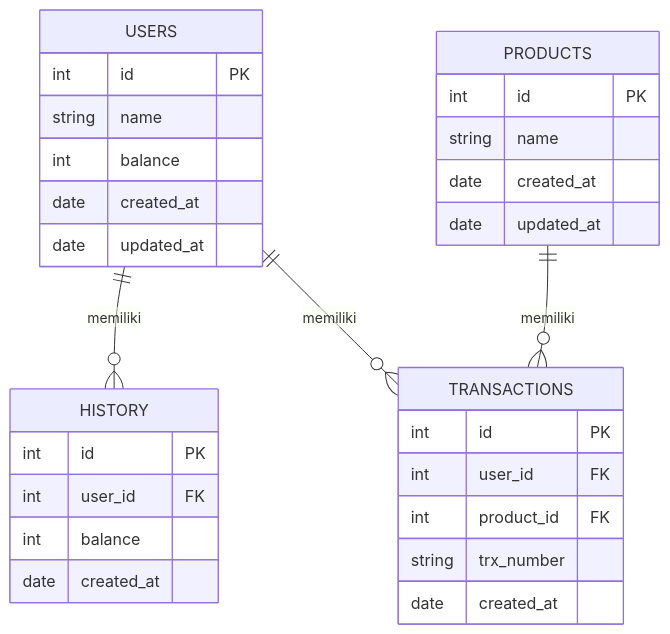
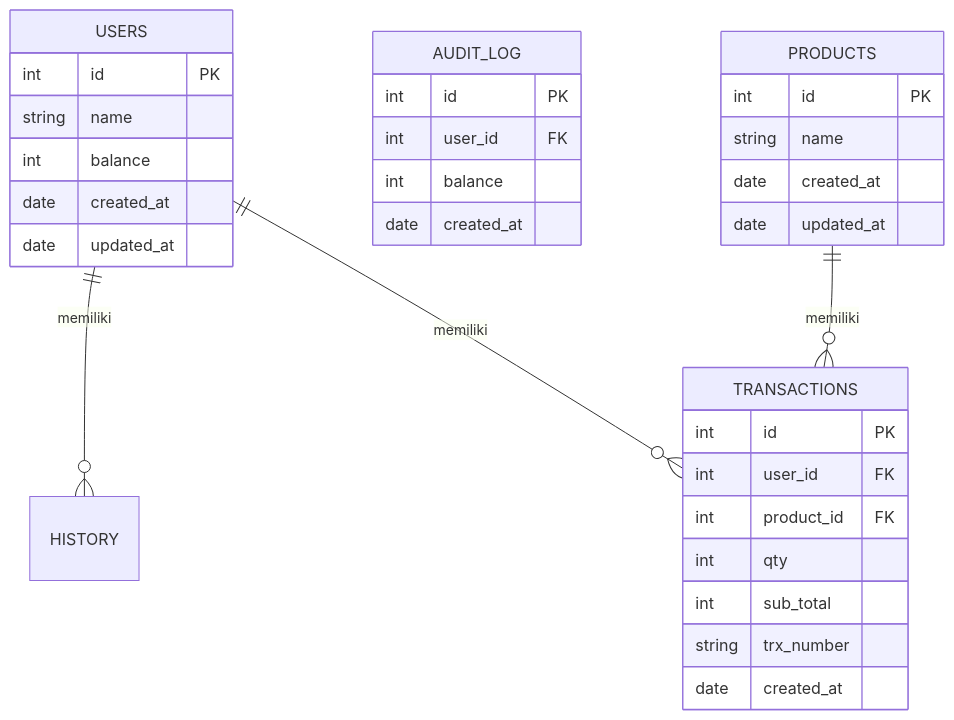
Before and after one commit to rizallk/koda-b1-db2: the diagram in koda-b1-db2-ewallet.md, drawn with Mermaid.

Commit message:
fix: change history to audit_log

````diff
--- a/koda-b1-db2-ewallet.md
+++ b/koda-b1-db2-ewallet.md
@@ -3,34 +3,36 @@
 ```mermaid
 erDiagram
   USERS {
     int id PK
     string name
     int balance
     date created_at
     date updated_at
   }
-  HISTORY {
+  AUDIT_LOG {
     int id PK
     int user_id FK
     int balance
     date created_at
   }
   TRANSACTIONS {
     int id PK
     int user_id FK
     int product_id FK
+    int qty
+    int sub_total
     string trx_number
     date created_at
   }
   PRODUCTS {
     int id PK
     string name
     date created_at
     date updated_at
   }
 
   USERS || -- o{ HISTORY : memiliki
   USERS || -- o{ TRANSACTIONS : memiliki
   PRODUCTS || -- o{ TRANSACTIONS : memiliki
 
 ```
````
